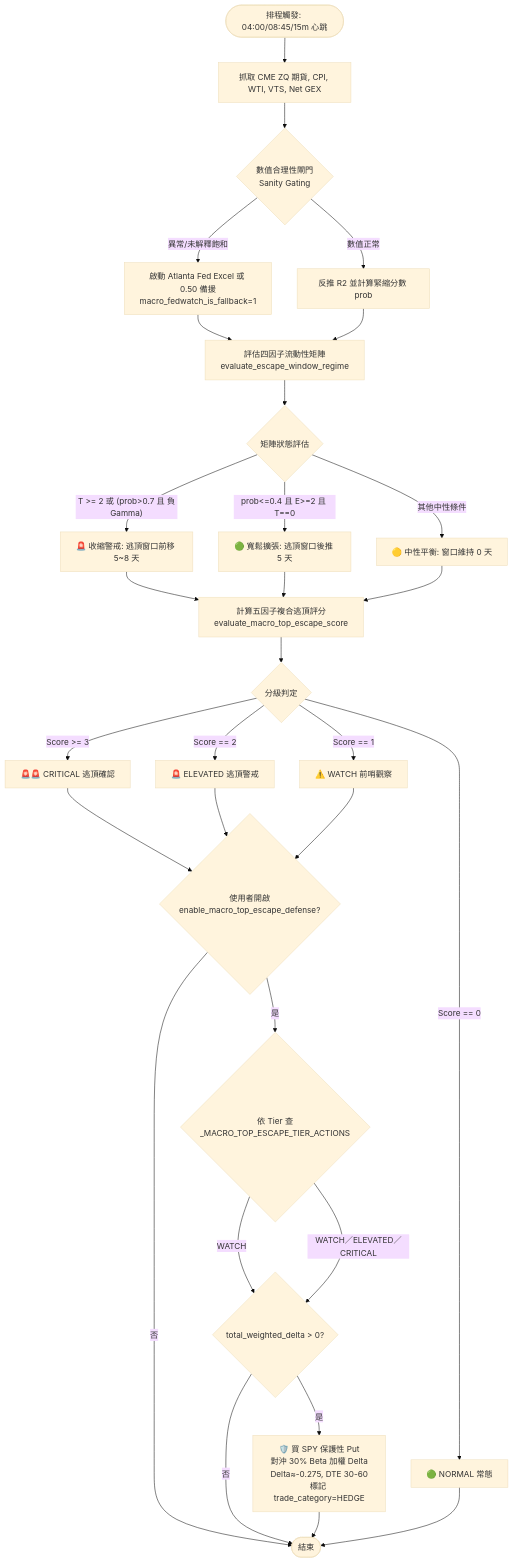
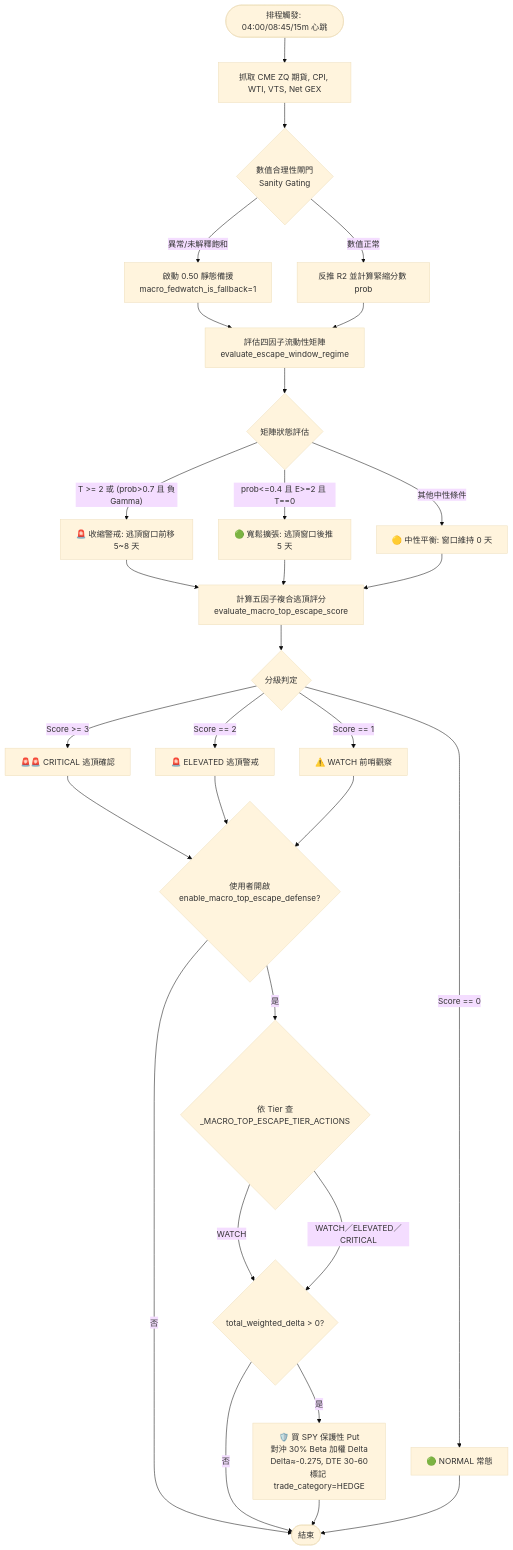
One commit to cosmo-chang-1701/nexus-seeker changed the diagram in docs/macro_sentiment/01_macro_escape_top_matrix.md. Above: the diagram before and after it, drawn with Mermaid (base theme). The commit also changed other lines of this file and 9 other files, not shown here.

First line of the commit message:
sar(fedwatch-drop-mpt): remove Atlanta Fed MPT source, make ZQ futures primary

````diff
--- a/docs/macro_sentiment/01_macro_escape_top_matrix.md
+++ b/docs/macro_sentiment/01_macro_escape_top_matrix.md
@@ -166,42 +166,42 @@
 ```mermaid
 flowchart TD
     Start([排程觸發: 04:00/08:45/15m 心跳]) --> FetchMacro[抓取 CME ZQ 期貨, CPI, WTI, VTS, Net GEX]
     FetchMacro --> SanityCheck{"數值合理性閘門<br/>Sanity Gating"}
 
-    SanityCheck -- 異常/未解釋飽和 --> FallbackState["啟動 Atlanta Fed Excel 或 0.50 備援<br/>macro_fedwatch_is_fallback=1"]
+    SanityCheck -- 異常/未解釋飽和 --> FallbackState["啟動 0.50 靜態備援<br/>macro_fedwatch_is_fallback=1"]
     SanityCheck -- 數值正常 --> CalculateProb[反推 R2 並計算緊縮分數 prob]
 
     FallbackState --> EscapeRegime["評估四因子流動性矩陣<br/>evaluate_escape_window_regime"]
     CalculateProb --> EscapeRegime
 
     EscapeRegime --> WindowShift{矩陣狀態評估}
     WindowShift -- "T >= 2 或 (prob>0.7 且 負Gamma)" --> ShiftEarly[🚨 收縮警戒: 逃頂窗口前移 5~8 天]
     WindowShift -- "prob<=0.4 且 E>=2 且 T==0" --> ShiftLate[🟢 寬鬆擴張: 逃頂窗口後推 5 天]
     WindowShift -- 其他中性條件 --> ShiftNeutral[🟡 中性平衡: 窗口維持 0 天]
 
     ShiftEarly --> TopEscapeScore["計算五因子複合逃頂評分<br/>evaluate_macro_top_escape_score"]
     ShiftLate --> TopEscapeScore
     ShiftNeutral --> TopEscapeScore
 
     TopEscapeScore --> CheckTier{分級判定}
     CheckTier -- "Score >= 3" --> CriticalTier[🚨🚨 CRITICAL 逃頂確認]
     CheckTier -- "Score == 2" --> ElevatedTier[🚨 ELEVATED 逃頂警戒]
     CheckTier -- "Score == 1" --> WatchTier[⚠️ WATCH 前哨觀察]
     CheckTier -- "Score == 0" --> NormalTier[🟢 NORMAL 常態]
 
     CriticalTier --> Scenario6Gate{"使用者開啟<br/>enable_macro_top_escape_defense?"}
     ElevatedTier --> Scenario6Gate
     WatchTier --> Scenario6Gate
 
     Scenario6Gate -- 否 --> EndReport[僅呈現終端 Embed 警報]
     Scenario6Gate -- 是 --> TierAction{"依 Tier 查<br/>_MACRO_TOP_ESCAPE_TIER_ACTIONS"}
 
     TierAction -- WATCH --> DeltaCheck{"total_weighted_delta > 0?"}
     DeltaCheck -- 否 --> EndReport
     DeltaCheck -- 是 --> BuyPut["🛡️ 買 SPY 保護性 Put<br/>對沖 30% Beta 加權 Delta<br/>Delta≈-0.275, DTE 30-60<br/>標記 trade_category=HEDGE"]
 
     TierAction -- "WATCH／ELEVATED／CRITICAL" --> DeltaCheck
 
     NormalTier --> EndReport
     BuyPut --> EndReport([結束])
 ```
````
